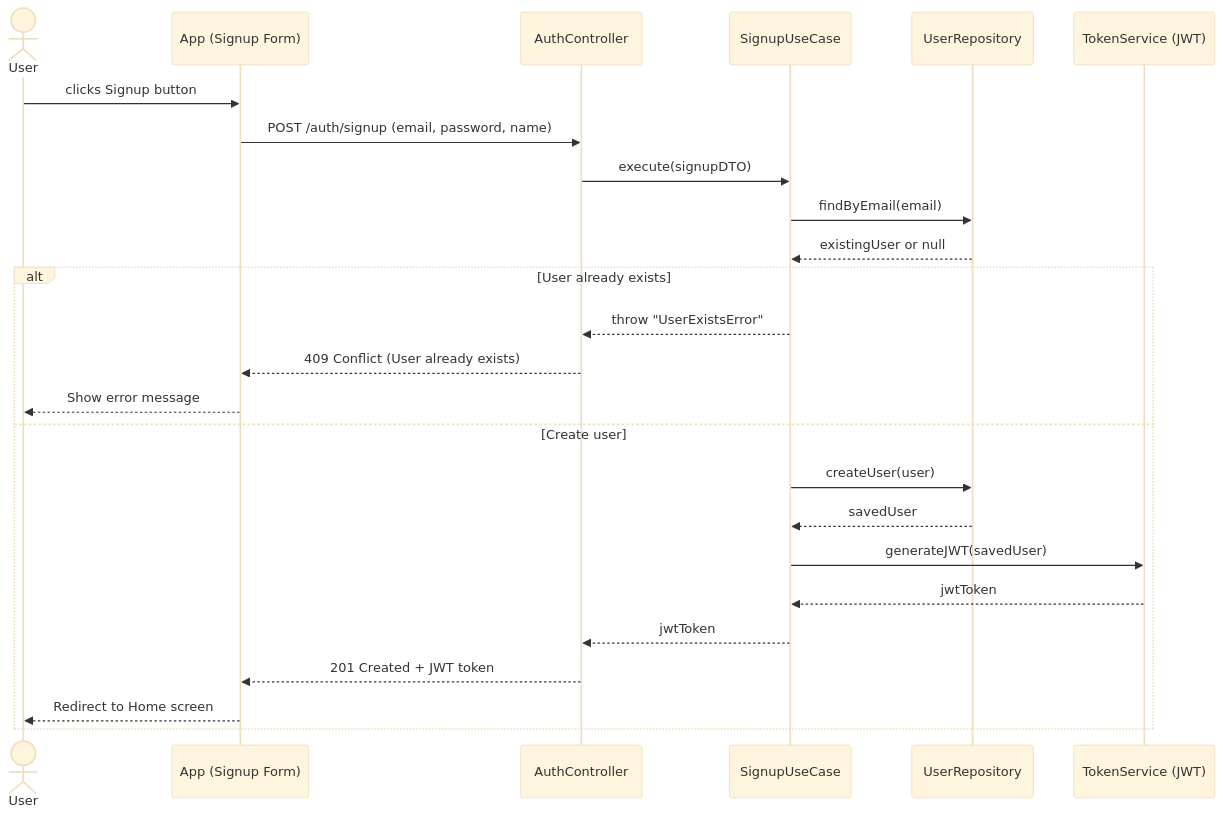
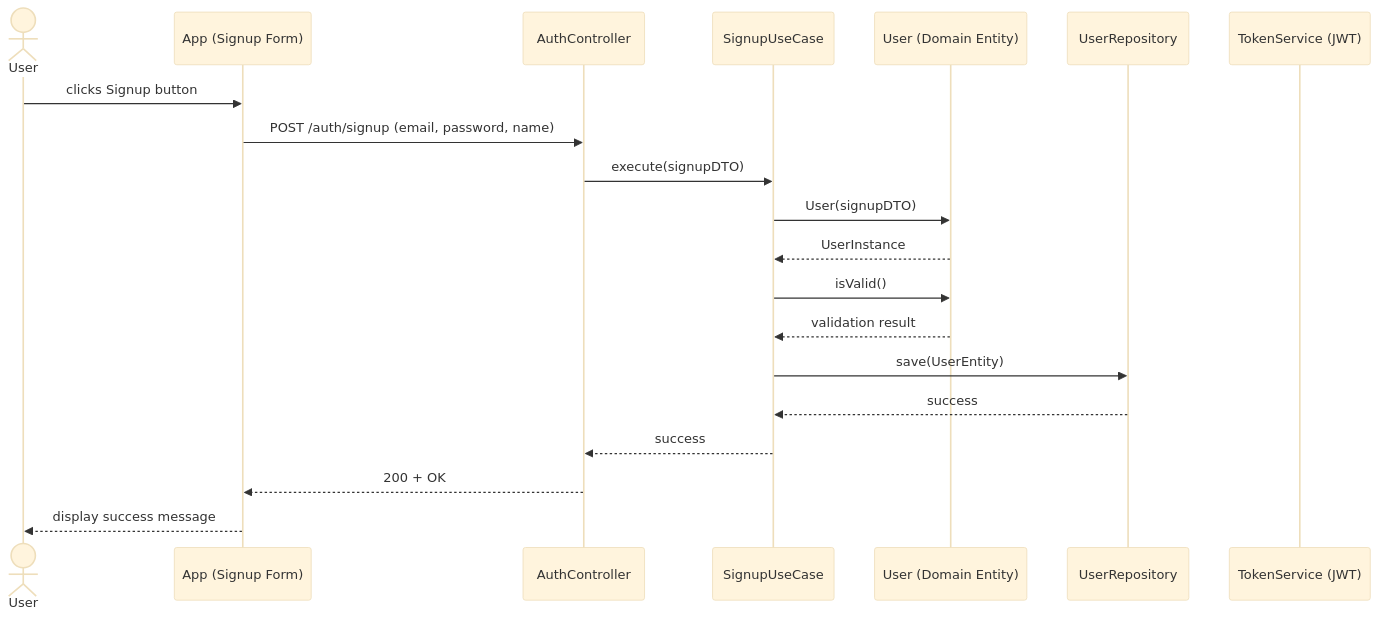
One commit to Lenninssp/Cannin-Tickets changed the third of 4 diagrams in docs/auth.md. Above: the diagram before and after it, drawn with Mermaid (base theme). The commit also changed other lines of this file and 10 other files, not shown here.

````diff
--- a/docs/auth.md
+++ b/docs/auth.md
@@ -61,33 +52,23 @@
 ```mermaid
 sequenceDiagram
   actor User
   participant UI as App (Signup Form)
   participant Controller as AuthController
   participant UseCase as SignupUseCase
+  participant UserEntity as User (Domain Entity)
   participant UserRepo as UserRepository
   participant TokenService as TokenService (JWT)
 
   User->>UI: clicks Signup button
   UI->>Controller: POST /auth/signup (email, password, name)
-
   Controller->>UseCase: execute(signupDTO)
-
-  UseCase->>UserRepo: findByEmail(email)
-  UserRepo-->>UseCase: existingUser or null
-
-  alt User already exists
-      UseCase-->>Controller: throw "UserExistsError"
-      Controller-->>UI: 409 Conflict (User already exists)
-      UI-->>User: Show error message
-  else Create user
-      UseCase->>UserRepo: createUser(user)
-      UserRepo-->>UseCase: savedUser
-
-      UseCase->>TokenService: generateJWT(savedUser)
-      TokenService-->>UseCase: jwtToken
-
-      UseCase-->>Controller: jwtToken
-      Controller-->>UI: 201 Created + JWT token
-      UI-->>User: Redirect to Home screen
-  end
+  UseCase->>UserEntity: User(signupDTO)
+  UserEntity-->>UseCase: UserInstance
+  UseCase->>UserEntity: isValid()
+  UserEntity-->>UseCase: validation result
+  UseCase->>UserRepo: save(UserEntity)
+  UserRepo-->>UseCase: success
+  UseCase-->>Controller: success
+  Controller-->>UI: 200 + OK
+  UI-->>User: display success message
 ```
````
